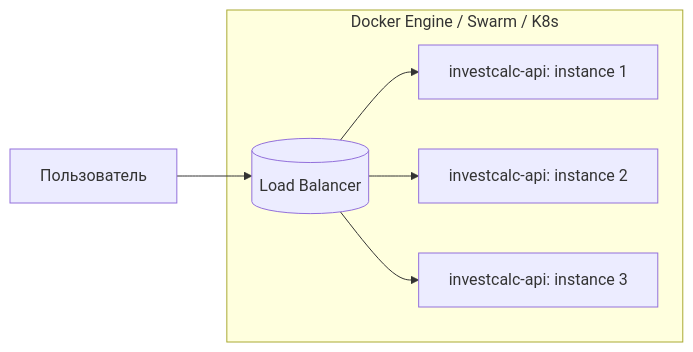
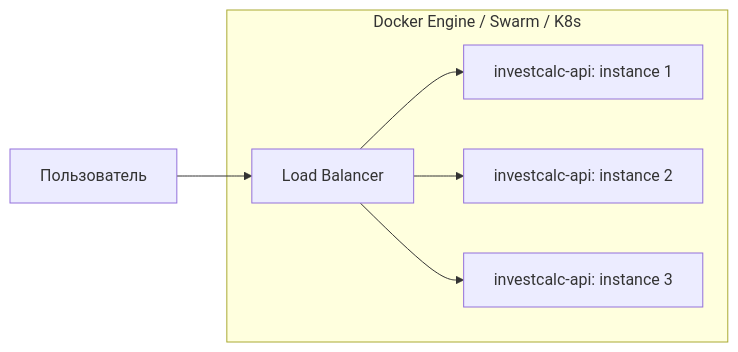
One commit to OlgaKraven/DKIP-InvestCalc-GroupProjectPython changed the third of 4 diagrams in docs/03-architecture/deployment-diagram.md. Above: the diagram before and after it, drawn with Mermaid. The commit also changed other lines of this file and 20 other files, not shown here.

````diff
--- a/docs/03-architecture/deployment-diagram.md
+++ b/docs/03-architecture/deployment-diagram.md
@@ -91,17 +87,14 @@
 ```mermaid
 flowchart LR
     subgraph DockerEngine[Docker Engine / Swarm / K8s]
         API1[investcalc-api: instance 1]:::container
         API2[investcalc-api: instance 2]:::container
         API3[investcalc-api: instance 3]:::container
-        LB[(Load Balancer)]:::infra
+        LB[Load Balancer]:::infra
     end
-
     User[Пользователь] --> LB
     LB --> API1
     LB --> API2
     LB --> API3
 
-    classDef container fill:##c9e8ff,stroke:##2e7dd1;
-    classDef infra fill:##f7f7f7,stroke:##555;
 ```
````
